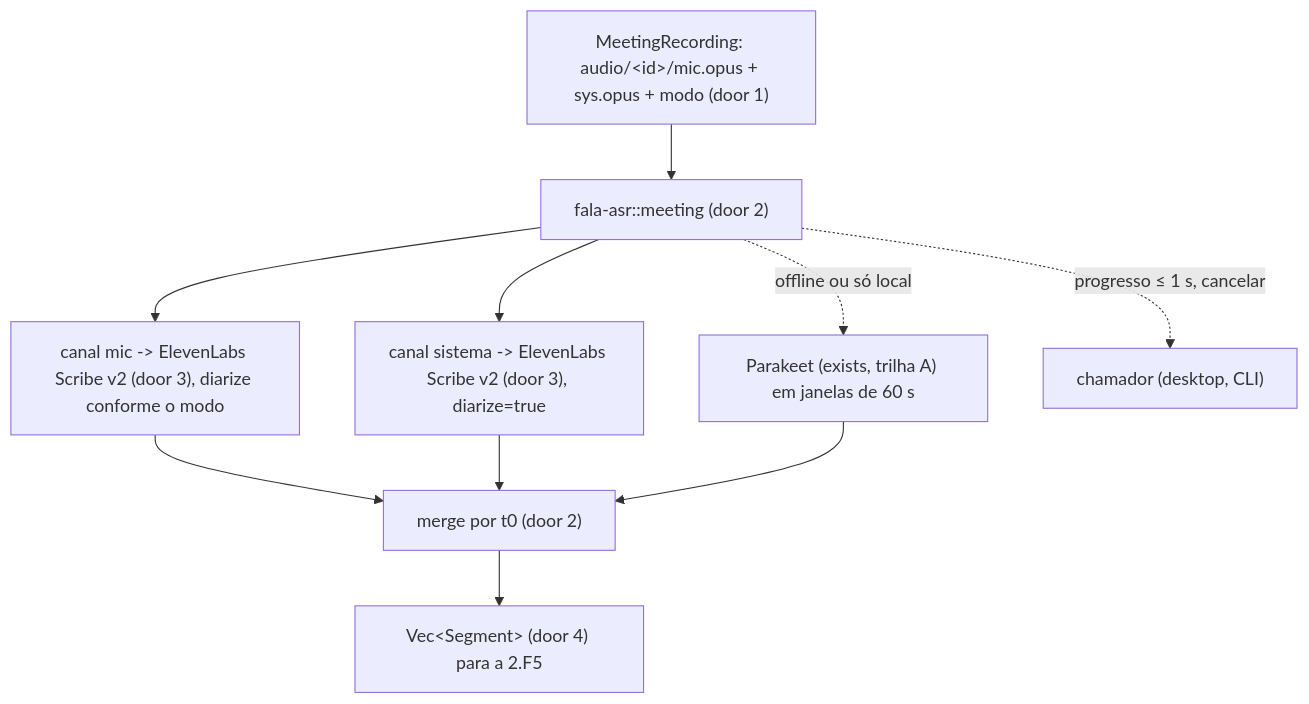
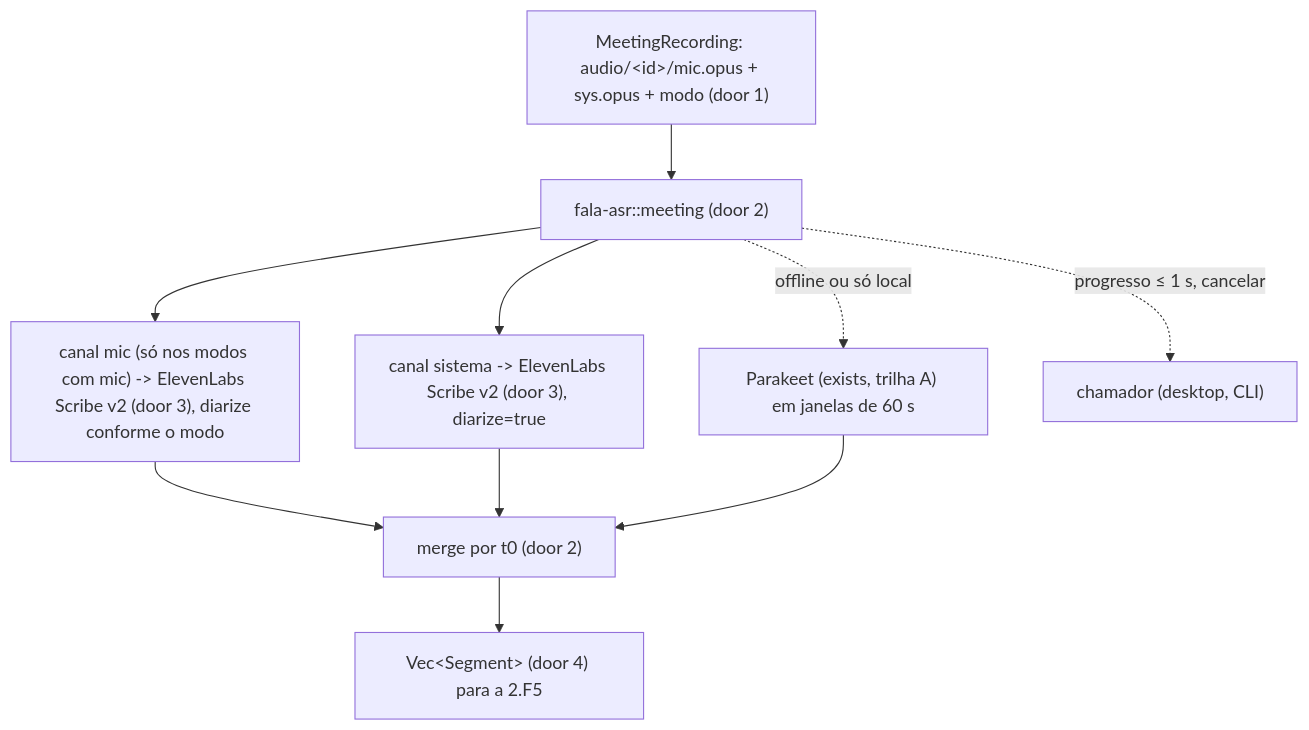
Before and after one commit to augusto-dmh/fala: the first of 2 diagrams in .specs/features/meeting-asr/plan.md, drawn with Mermaid. The commit also changed other lines of this file and 10 other files, not shown here.

````diff
--- a/.specs/features/meeting-asr/plan.md
+++ b/.specs/features/meeting-asr/plan.md
@@ -15,12 +15,12 @@
 ```mermaid
 flowchart TD
     IN["MeetingRecording: audio/&lt;id&gt;/mic.opus + sys.opus + modo (door 1)"] --> P["fala-asr::meeting (door 2)"]
-    P --> M["canal mic -> ElevenLabs Scribe v2 (door 3), diarize conforme o modo"]
+    P --> M["canal mic (só nos modos com mic) -> ElevenLabs Scribe v2 (door 3), diarize conforme o modo"]
     P --> S["canal sistema -> ElevenLabs Scribe v2 (door 3), diarize=true"]
     M --> J["merge por t0 (door 2)"]
     S --> J
     J --> OUT["Vec&lt;Segment&gt; (door 4) para a 2.F5"]
     P -. "offline ou só local" .-> L["Parakeet (exists, trilha A) em janelas de 60 s"]
     L --> J
     P -. "progresso ≤ 1 s, cancelar" .-> UI["chamador (desktop, CLI)"]
 ```
````
